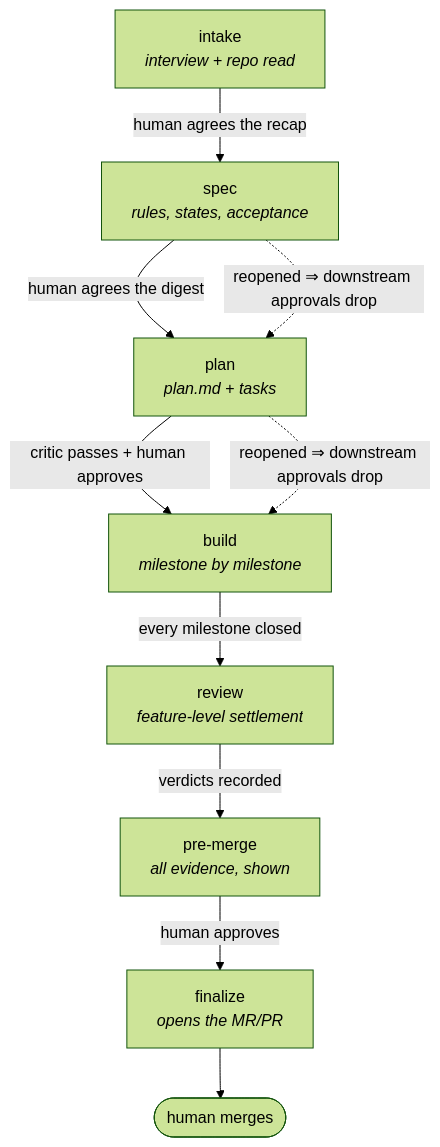
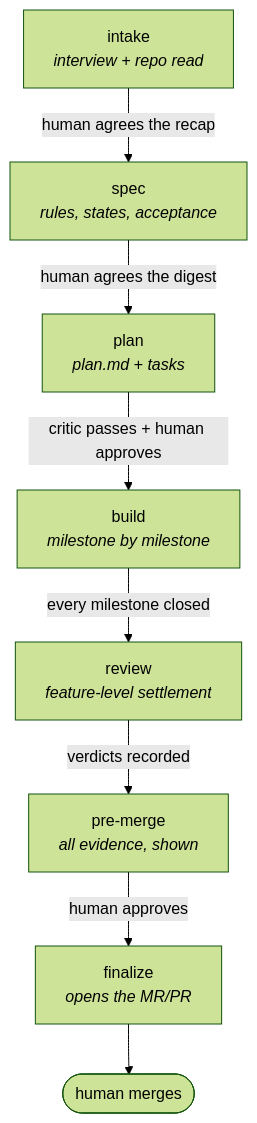
The diagram in README.md (rachiddaoud/legion), drawn with Mermaid (forest theme) before and after one commit. The commit also changed other lines of this file, not shown here.

Commit message:
docs: shorten and reword README; keep stage flowchart, remove detailed developer sequences

````diff
--- a/README.md
+++ b/README.md
@@ -68,21 +68,18 @@
 ```mermaid
 flowchart TD
     I[intake<br/><i>interview + repo read</i>]
     S[spec<br/><i>rules, states, acceptance</i>]
     P[plan<br/><i>plan.md + tasks</i>]
     B[build<br/><i>milestone by milestone</i>]
     R[review<br/><i>feature-level settlement</i>]
     M[pre-merge<br/><i>all evidence, shown</i>]
     F[finalize<br/><i>opens the MR/PR</i>]
 
     I -->|human agrees the recap| S
     S -->|human agrees the digest| P
     P -->|critic passes + human approves| B
     B -->|every milestone closed| R
     R -->|verdicts recorded| M
     M -->|human approves| F
     F --> H([human merges])
-
-    S -.->|reopened ⇒ downstream approvals drop| P
-    P -.->|reopened ⇒ downstream approvals drop| B
 ```
````
